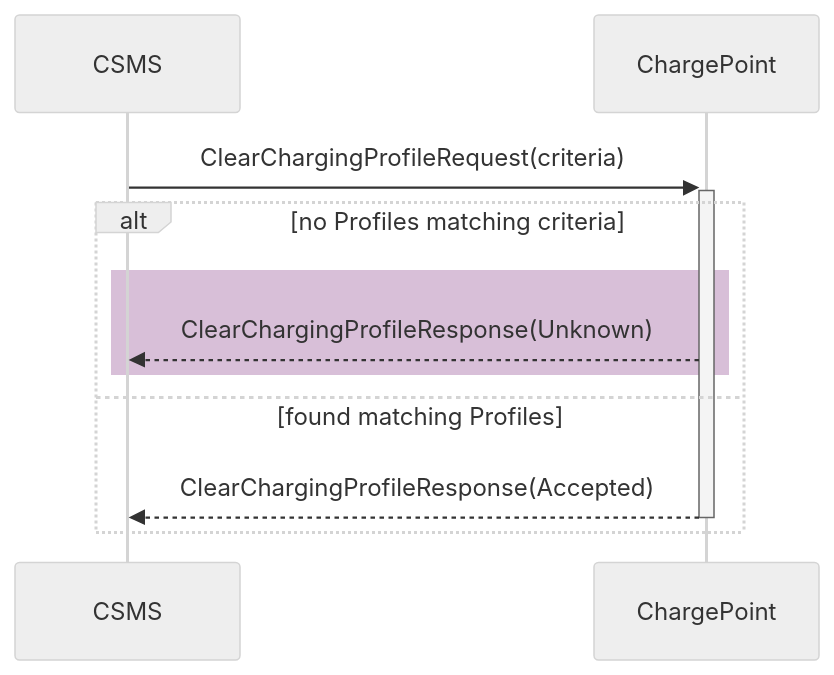
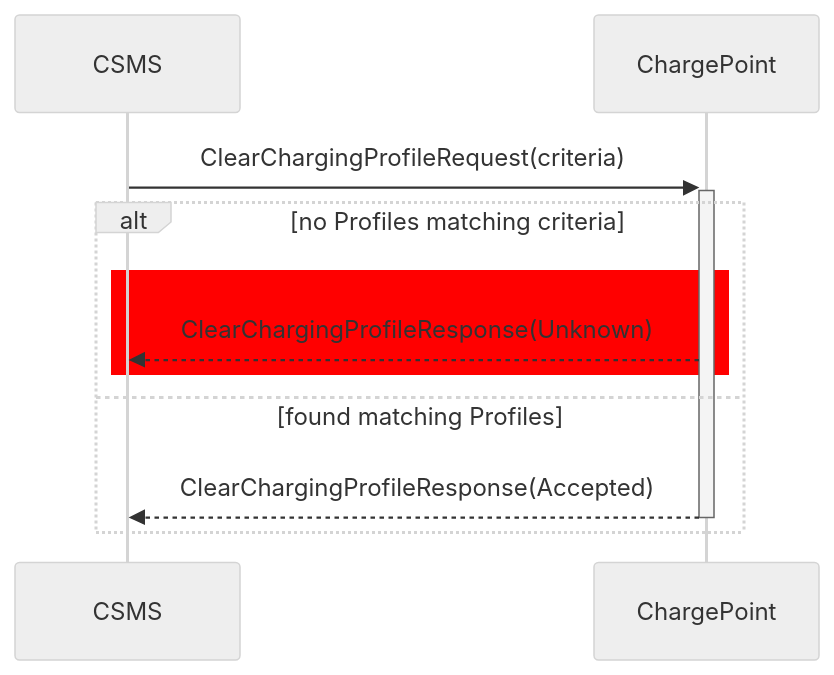
Before and after one commit to EVerest/libocpp: the fourth of 4 diagrams in README.md, drawn with Mermaid (neutral theme). The commit also changed other lines of this file, not shown here.

Commit message:
Updated diagram colors for README as per PR review

````diff
--- a/README.md
+++ b/README.md
@@ -615,15 +604,15 @@
 ```mermaid
 sequenceDiagram
 
     CSMS->>+ChargePoint: ClearChargingProfileRequest(criteria)
 
     alt no Profiles matching criteria
-    rect Thistle
+    rect Red
         ChargePoint-->>CSMS : ClearChargingProfileResponse(Unknown) 
 
     end
         
     else found matching Profiles
         ChargePoint-->>-CSMS : ClearChargingProfileResponse(Accepted)
     end    
 ```
````
